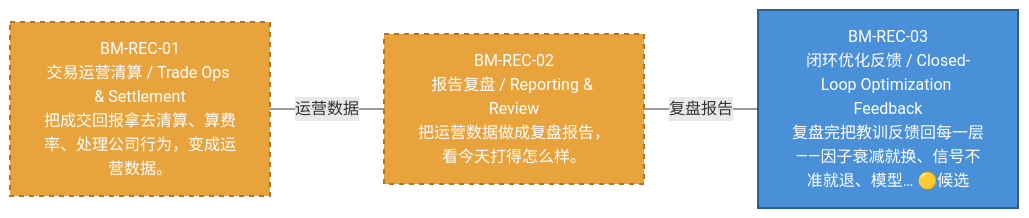
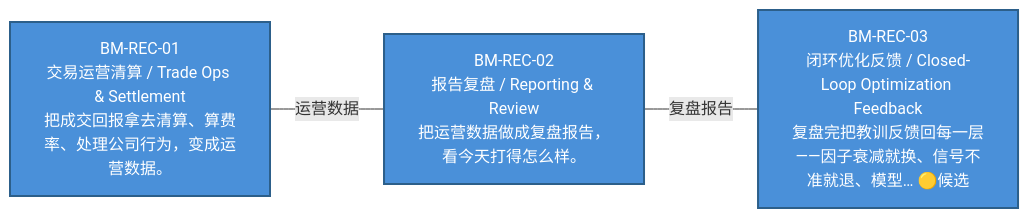
Before and after one commit to xuanFelixVan/ZephyrAlpha: the diagram in docs/02_enterprise_architecture/07_trading_decision_architecture/battle_map/battle_map_06_reconciliation.md, drawn with Mermaid. The commit also changed other lines of this file and 28 other files, not shown here.

````diff
--- a/docs/02_enterprise_architecture/07_trading_decision_architecture/battle_map/battle_map_06_reconciliation.md
+++ b/docs/02_enterprise_architecture/07_trading_decision_architecture/battle_map/battle_map_06_reconciliation.md
@@ -15,14 +15,14 @@
 ```mermaid
 %% 对账阶段图
 flowchart LR
-    BM_REC_01["BM-REC-01\n交易运营清算 / Trade Ops & Settlement\n把成交回报拿去清算、算费率、处理公司行为，变成运营数据。"]:::design
-    BM_REC_02["BM-REC-02\n报告复盘 / Reporting & Review\n把运营数据做成复盘报告，看今天打得怎么样。"]:::design
+    BM_REC_01["BM-REC-01\n交易运营清算 / Trade Ops & Settlement\n把成交回报拿去清算、算费率、处理公司行为，变成运营数据。"]:::production
+    BM_REC_02["BM-REC-02\n报告复盘 / Reporting & Review\n把运营数据做成复盘报告，看今天打得怎么样。"]:::production
     BM_REC_03["BM-REC-03\n闭环优化反馈 / Closed-Loop Optimization Feedback\n复盘完把教训反馈回每一层——因子衰减就换、信号不准就退、模型… 🟡候选"]:::production
     BM_REC_01 --- |运营数据| BM_REC_02
     BM_REC_02 --- |复盘报告| BM_REC_03
 classDef production fill:#4A90D9,stroke:#2C5F8A,color:#fff,stroke-width:2px;
 classDef design fill:#E8A33D,stroke:#B57520,color:#fff,stroke-width:2px,stroke-dasharray: 5 5;
 classDef deprecated fill:#D93636,stroke:#A02020,color:#fff,stroke-width:2px;
 classDef missing fill:#BBBBBB,stroke:#888888,color:#fff,stroke-width:2px;
 classDef candidate fill:#F4D03F,stroke:#B7950B,color:#000,stroke-width:2px;
 ```
````
